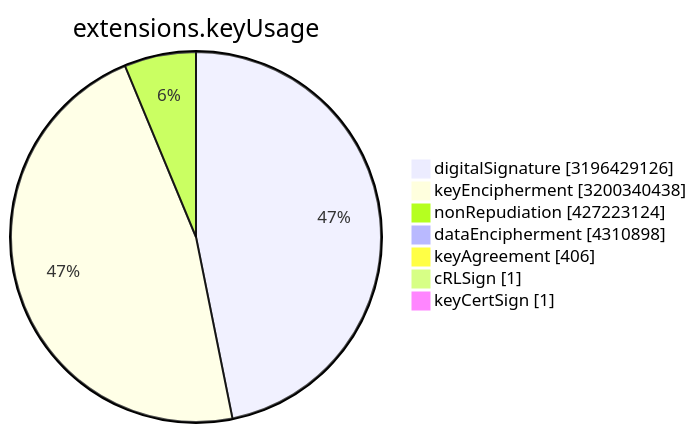
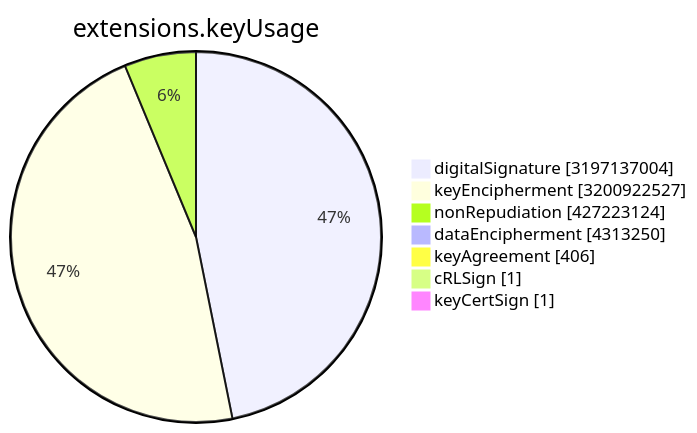
The sixth of 15 diagrams in TOTAL/README.md (christiankrug/ctmonitor_visualization), drawn with Mermaid before and after one commit. The commit also changed other lines of this file, not shown here.

````diff
--- a/TOTAL/README.md
+++ b/TOTAL/README.md
@@ -3077,11 +3077,11 @@
 ```mermaid
 pie showData
 title extensions.keyUsage
-"digitalSignature" :3196429126
-"keyEncipherment" :3200340438
+"digitalSignature" :3197137004
+"keyEncipherment" :3200922527
 "nonRepudiation" :427223124
-"dataEncipherment" :4310898
+"dataEncipherment" :4313250
 "keyAgreement" :406
 "cRLSign" :1
 "keyCertSign" :1
 ```
````
